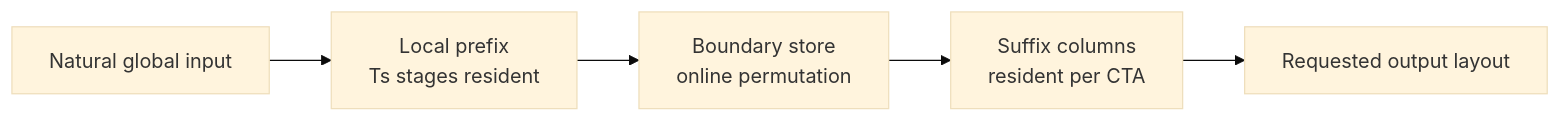
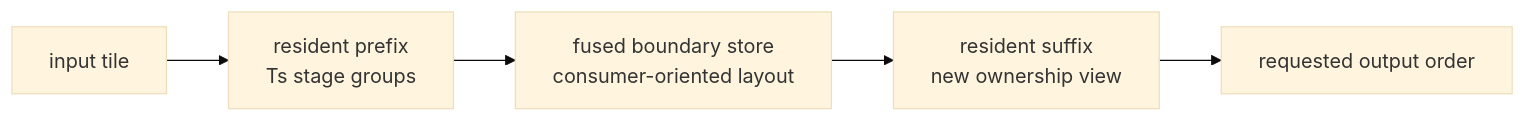
One commit to TruNcat3/cuButterfly changed the second of 2 diagrams in docs/design_overview.md. Above: the diagram before and after it, drawn with Mermaid (base theme). The commit also changed other lines of this file and 14 other files, not shown here.

````diff
--- a/docs/design_overview.md
+++ b/docs/design_overview.md
@@ -83,7 +157,7 @@
 ```mermaid
 flowchart LR
-    I[Natural global input] --> P[Local prefix<br/>Ts stages resident]
-    P --> R[Boundary store<br/>online permutation]
-    R --> S[Suffix columns<br/>resident per CTA]
-    S --> O[Requested output layout]
+    I["input tile"] --> P["resident prefix<br/>Ts stage groups"]
+    P --> R["fused boundary store<br/>consumer-oriented layout"]
+    R --> X["resident suffix<br/>new ownership view"]
+    X --> O["requested output order"]
 ```
````
